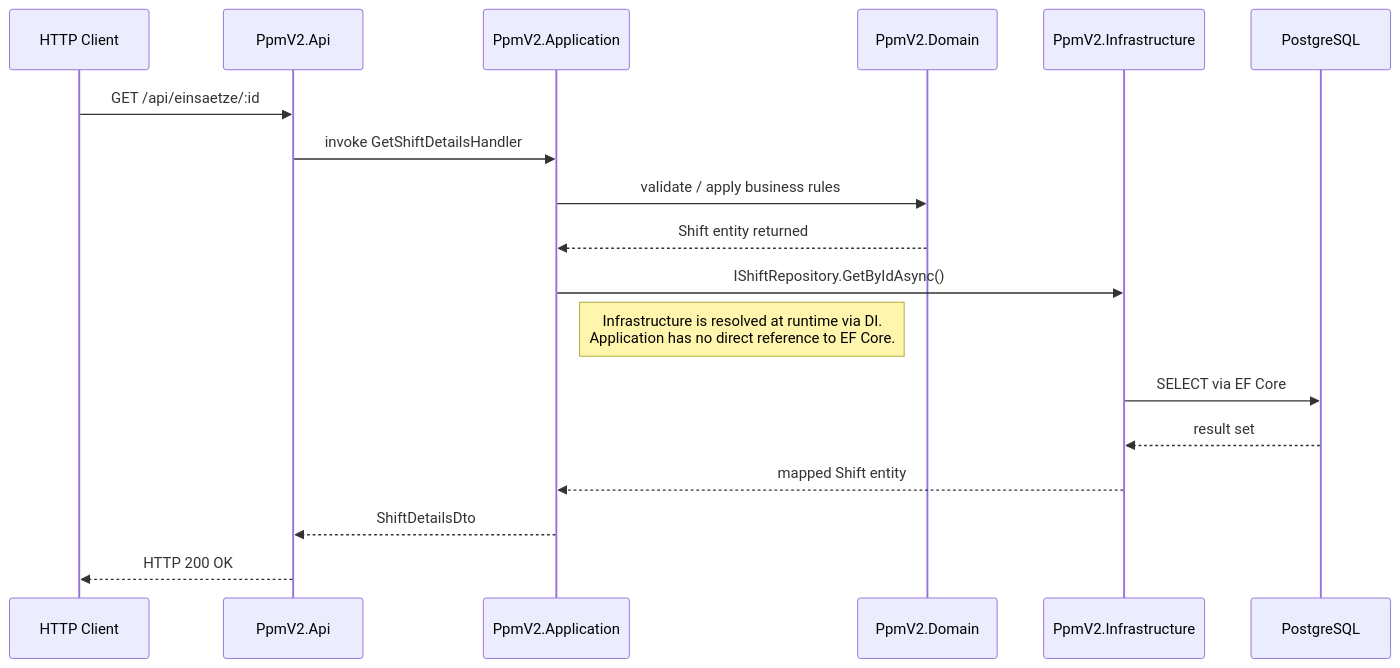
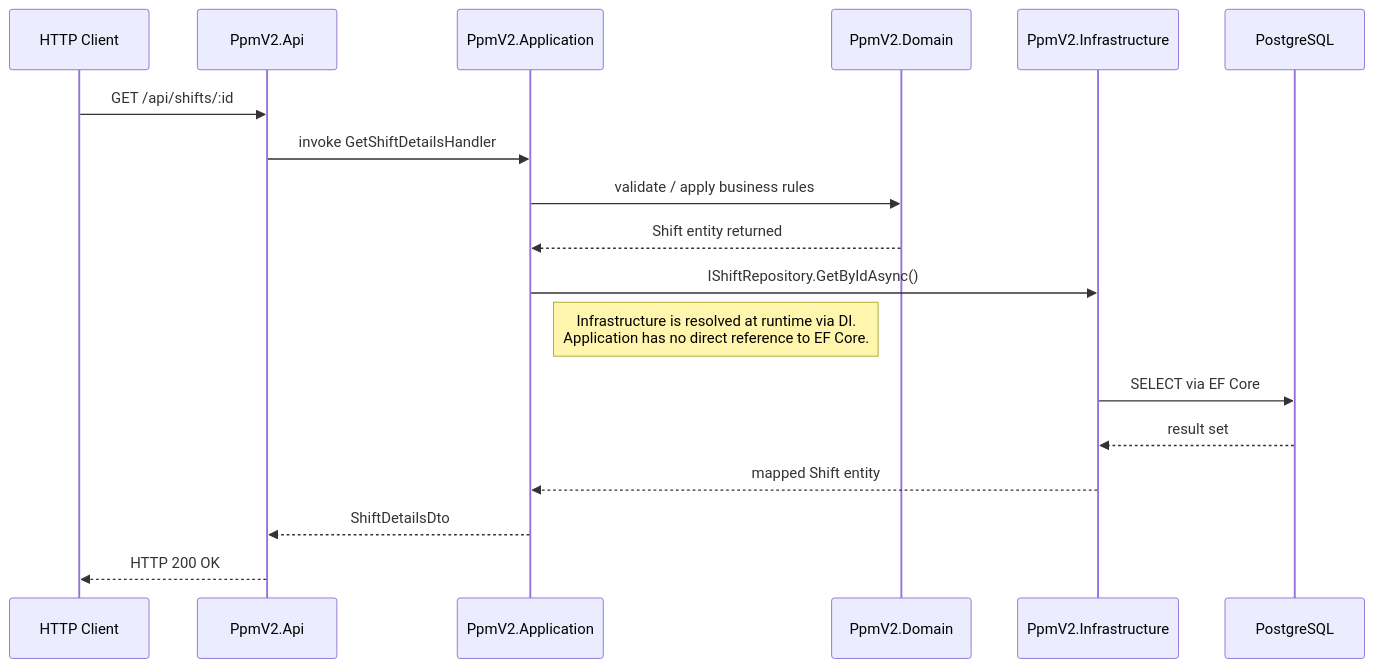
One commit to djzh23/PpmV2 changed the third of 3 diagrams in src/docs/architecture.md. Above: the diagram before and after it, drawn with Mermaid. The commit also changed 3 other files, not shown here.

Commit message:
fix: rename route from api/einsaetze to api/shifts

````diff
--- a/src/docs/architecture.md
+++ b/src/docs/architecture.md
@@ -145,21 +145,21 @@
 ```mermaid
 sequenceDiagram
     participant C  as HTTP Client
     participant A  as PpmV2.Api
     participant AP as PpmV2.Application
     participant D  as PpmV2.Domain
     participant I  as PpmV2.Infrastructure
     participant DB as PostgreSQL
 
-    C  ->> A  : GET /api/einsaetze/:id
+    C  ->> A  : GET /api/shifts/:id
     A  ->> AP : invoke GetShiftDetailsHandler
     AP ->> D  : validate / apply business rules
     D  -->> AP: Shift entity returned
     AP ->> I  : IShiftRepository.GetByIdAsync()
     Note right of AP: Infrastructure is resolved at runtime via DI.<br/>Application has no direct reference to EF Core.
     I  ->> DB : SELECT via EF Core
     DB -->> I  : result set
     I  -->> AP : mapped Shift entity
     AP -->> A  : ShiftDetailsDto
     A  -->> C  : HTTP 200 OK
 ```
````
